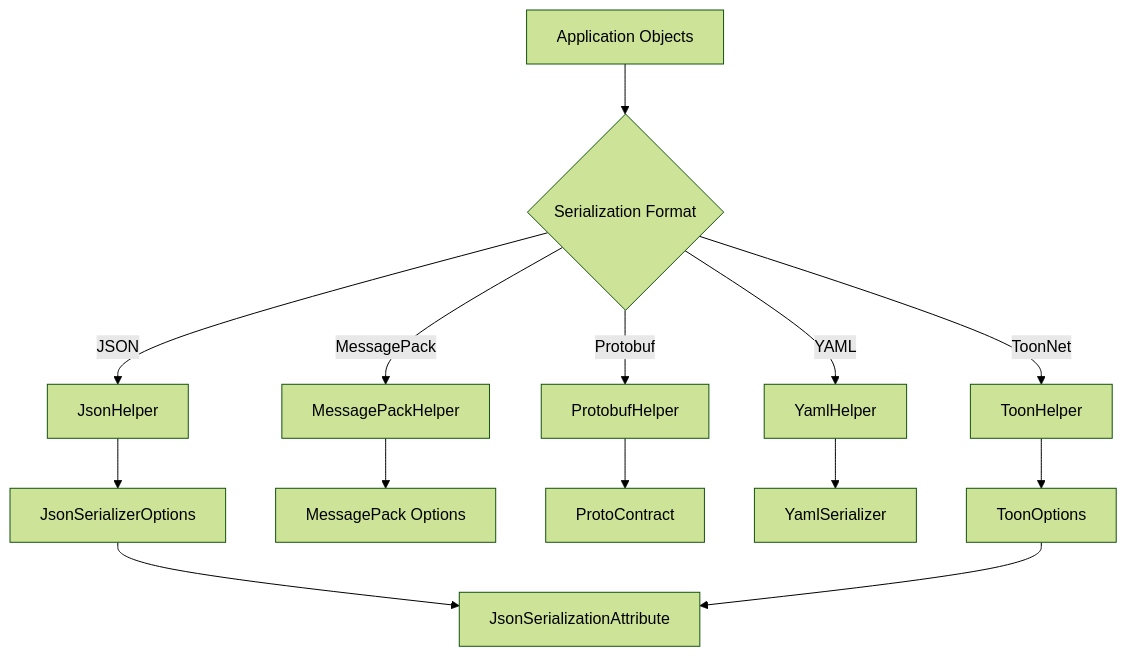
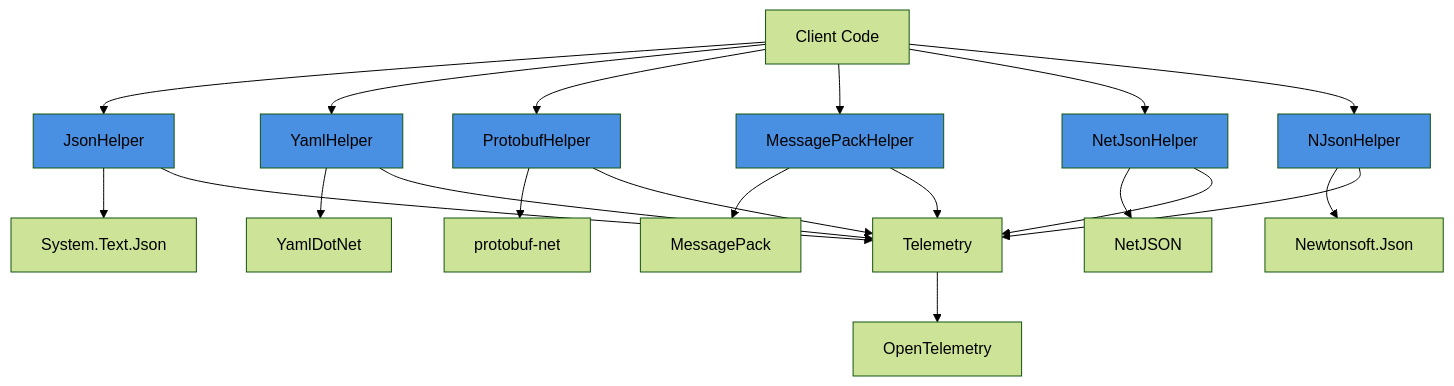
The first of 4 diagrams in docs/BuildingBlocks.Application/Helpers/README.md (KiarashMinoo/ThunderPropagator.BuildingBlocks), drawn with Mermaid (forest theme) before and after one commit. The commit also changed other lines of this file and 13 other files, not shown here.

````diff
--- a/docs/BuildingBlocks.Application/Helpers/README.md
+++ b/docs/BuildingBlocks.Application/Helpers/README.md
@@ -149,18 +285,32 @@
 ```mermaid
 graph TD
-    A[Application Objects] --> B{Serialization Format}
-    B -->|JSON| C[JsonHelper]
-    B -->|MessagePack| D[MessagePackHelper]
-    B -->|Protobuf| E[ProtobufHelper]
-    B -->|YAML| F[YamlHelper]
-    B -->|ToonNet| G[ToonHelper]
-
-    C --> H[JsonSerializerOptions]
-    D --> I[MessagePack Options]
-    E --> J[ProtoContract]
-    F --> K[YamlSerializer]
-    G --> L[ToonOptions]
-
-    H --> M[JsonSerializationAttribute]
-    L --> M
+    A[Client Code] --> B[JsonHelper]
+    A --> C[YamlHelper]
+    A --> D[ProtobufHelper]
+    A --> E[MessagePackHelper]
+    A --> F[NetJsonHelper]
+    A --> G[NJsonHelper]
+    
+    B --> H[System.Text.Json]
+    C --> I[YamlDotNet]
+    D --> J[protobuf-net]
+    E --> K[MessagePack]
+    F --> L[NetJSON]
+    G --> M[Newtonsoft.Json]
+    
+    B --> N[Telemetry]
+    C --> N
+    D --> N
+    E --> N
+    F --> N
+    G --> N
+    
+    N --> O[OpenTelemetry]
+    
+    style B fill:#4a90e2
+    style C fill:#4a90e2
+    style D fill:#4a90e2
+    style E fill:#4a90e2
+    style F fill:#4a90e2
+    style G fill:#4a90e2
 ```
````
